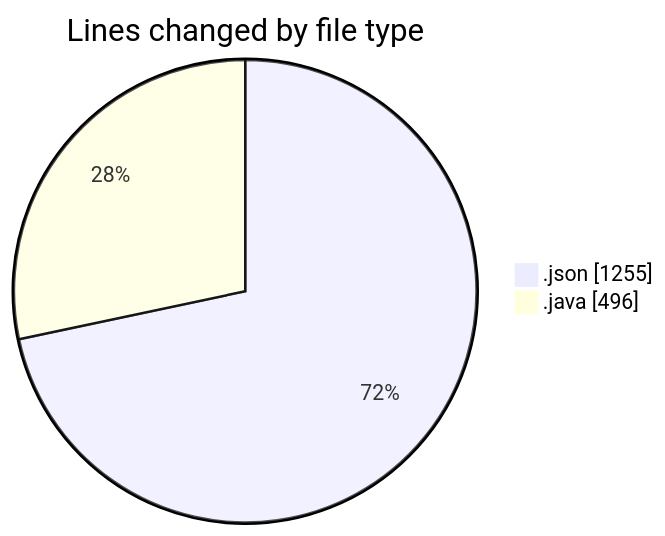
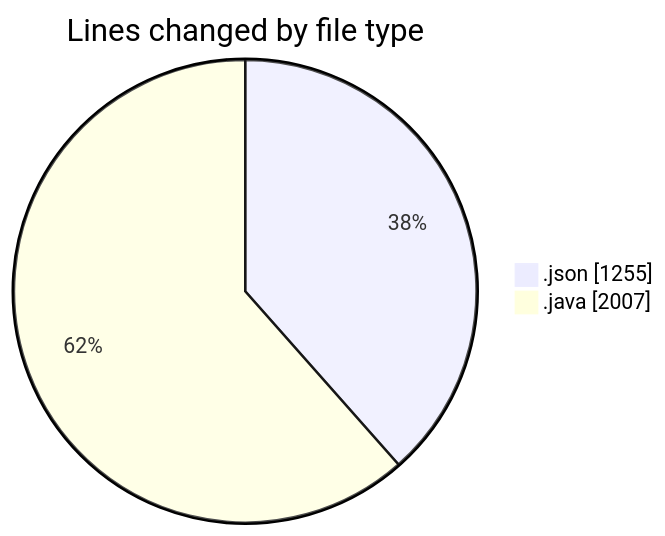
One commit to ricardozamudiocil/code-tracking changed the first of 2 diagrams in 2026-07-09/cilapp/README.md. Above: the diagram before and after it, drawn with Mermaid. The commit also changed other lines of this file and 1 other file, not shown here.

````diff
--- a/2026-07-09/cilapp/README.md
+++ b/2026-07-09/cilapp/README.md
@@ -23,6 +24,6 @@
 ```mermaid
 pie showData
 title Lines changed by file type
 ".json" : 1255
-".java" : 496
+".java" : 2007
 ```
````
